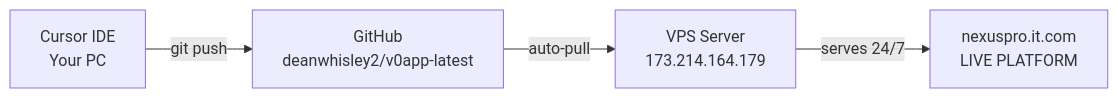
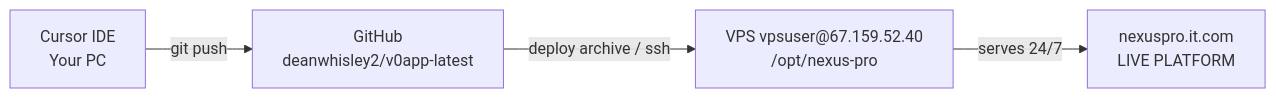
The diagram in docs/deployment-pipeline.mermaid (deanwhisley2/v0app-latest), drawn with Mermaid before and after one commit. The commit also changed 4 other files, not shown here.

First line of the commit message:
chore(deploy): canonical VPS vpsuser@67.159.52.40, drop stale IP notes

```diff
--- a/docs/deployment-pipeline.mermaid
+++ b/docs/deployment-pipeline.mermaid
@@ -1,4 +1,4 @@
 flowchart LR
     A[Cursor IDE<br/>Your PC] -->|git push| B[GitHub<br/>deanwhisley2/v0app-latest]
-    B -->|auto-pull| C[VPS Server<br/>173.214.164.179]
+    B -->|deploy archive / ssh| C[VPS vpsuser@67.159.52.40<br/>/opt/nexus-pro]
     C -->|serves 24/7| D[nexuspro.it.com<br/>LIVE PLATFORM]
```
